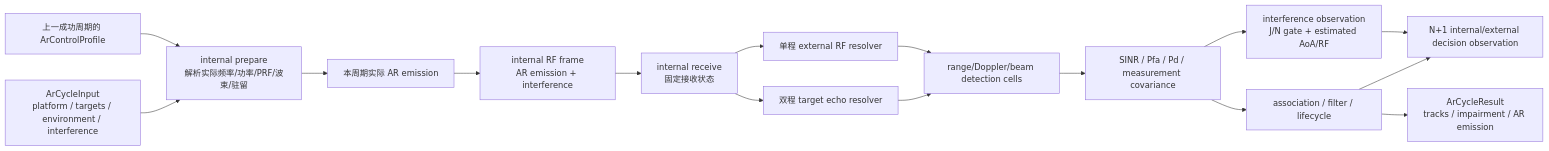
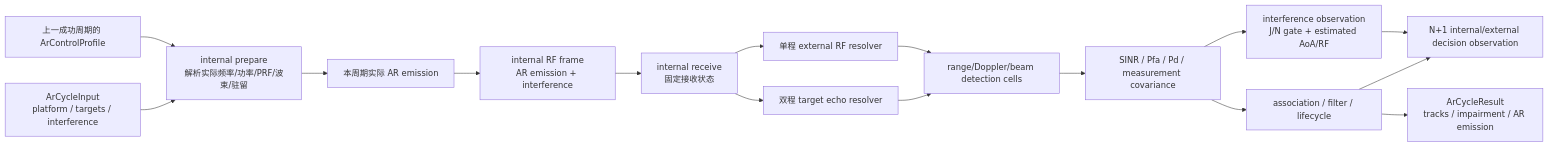
Before and after one commit to boilwater-3/1q: the fifth of 5 diagrams in docs/airborne_radar/design.md, drawn with Mermaid. The commit also changed other lines of this file and 22 other files, not shown here.

First line of the commit message:
refactor(airborne_radar): remove radar_mount_angles_deg from per-cycle input, use config mount_angles_deg

````diff
--- a/docs/airborne_radar/design.md
+++ b/docs/airborne_radar/design.md
@@ -341,18 +336,18 @@
 ```mermaid
 flowchart LR
-  Input["ArCycleInput\nplatform / targets / environment / interference"] --> Prepare["internal prepare\n解析实际频率/功率/PRF/波束/驻留"]
+  Input["ArCycleInput\nplatform / targets / interference"] --> Prepare["internal prepare\n解析实际频率/功率/PRF/波束/驻留"]
   Prior["上一成功周期的 ArControlProfile"] --> Prepare
   Prepare --> Tx["本周期实际 AR emission"]
   Tx --> World["internal RF frame\nAR emission + interference"]
   World --> Receive["internal receive\n固定接收状态"]
   Receive --> Echo["双程 target echo resolver"]
   Receive --> Incident["单程 external RF resolver"]
   Echo --> Cells["range/Doppler/beam detection cells"]
   Incident --> Cells
   Cells --> Detect["SINR / Pfa / Pd / measurement covariance"]
   Detect --> Track["association / filter / lifecycle"]
   Detect --> JamObs["interference observation\nJ/N gate + estimated AoA/RF"]
   Track --> Decision["N+1 internal/external decision observation"]
   JamObs --> Decision
   Track --> Result["ArCycleResult\ntracks / impairment / AR emission"]
 ```
````
